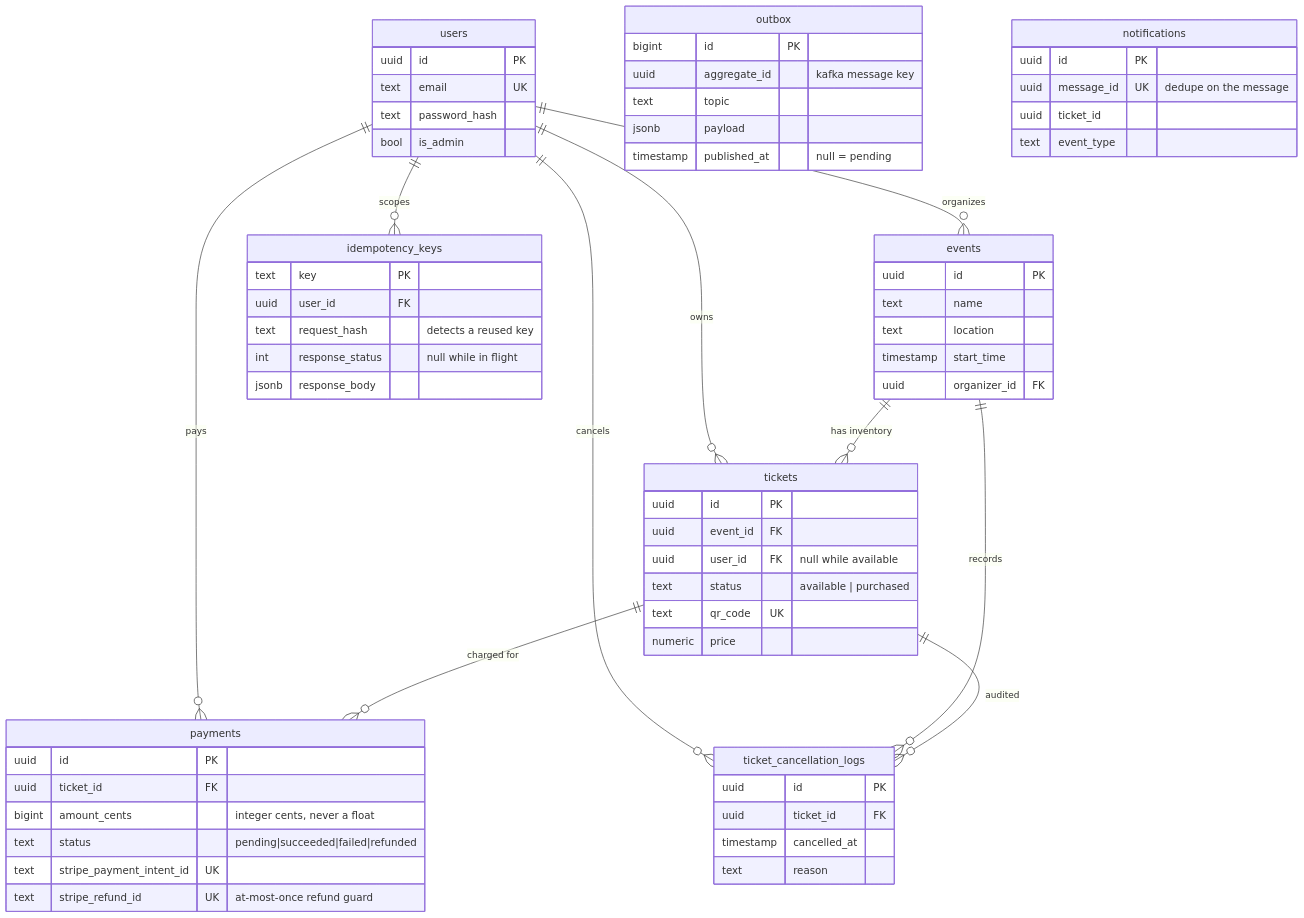
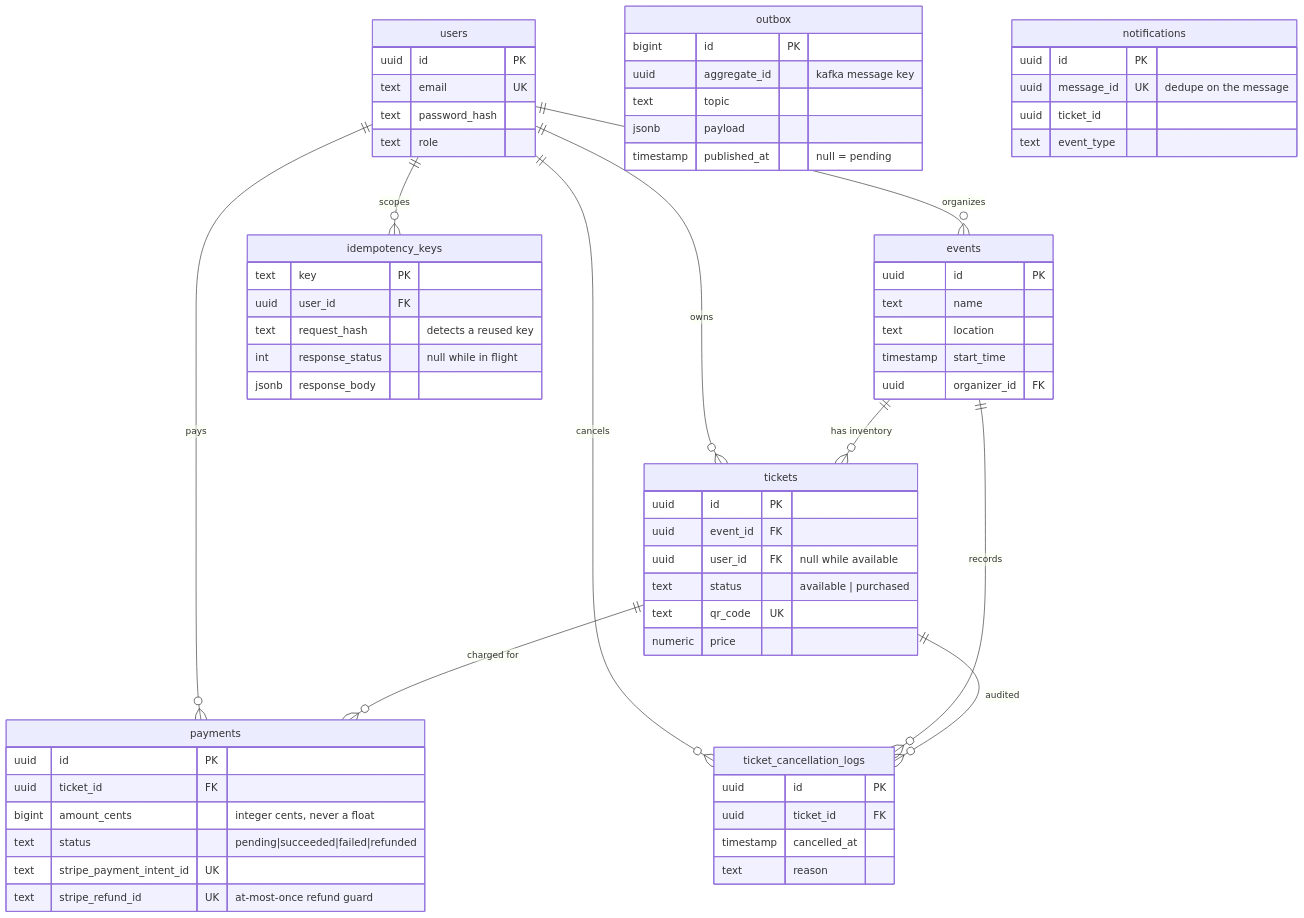
One commit to alsung/event-ticketing-system changed the fourth of 4 diagrams in README.md. Above: the diagram before and after it, drawn with Mermaid. The commit also changed other lines of this file and 1 other file, not shown here.

````diff
--- a/README.md
+++ b/README.md
@@ -491,68 +575,68 @@
 ```mermaid
 erDiagram
     users ||--o{ events : organizes
     users ||--o{ tickets : owns
     users ||--o{ payments : pays
     users ||--o{ idempotency_keys : scopes
     users ||--o{ ticket_cancellation_logs : cancels
     events ||--o{ tickets : "has inventory"
     events ||--o{ ticket_cancellation_logs : records
     tickets ||--o{ payments : "charged for"
     tickets ||--o{ ticket_cancellation_logs : audited
 
     users {
         uuid id PK
         text email UK
         text password_hash
-        bool is_admin
+        text role
     }
     events {
         uuid id PK
         text name
         text location
         timestamp start_time
         uuid organizer_id FK
     }
     tickets {
         uuid id PK
         uuid event_id FK
         uuid user_id FK "null while available"
         text status "available | purchased"
         text qr_code UK
         numeric price
     }
     payments {
         uuid id PK
         uuid ticket_id FK
         bigint amount_cents "integer cents, never a float"
         text status "pending|succeeded|failed|refunded"
         text stripe_payment_intent_id UK
         text stripe_refund_id UK "at-most-once refund guard"
     }
     idempotency_keys {
         text key PK
         uuid user_id FK
         text request_hash "detects a reused key"
         int response_status "null while in flight"
         jsonb response_body
     }
     ticket_cancellation_logs {
         uuid id PK
         uuid ticket_id FK
         timestamp cancelled_at
         text reason
     }
     outbox {
         bigint id PK
         uuid aggregate_id "kafka message key"
         text topic
         jsonb payload
         timestamp published_at "null = pending"
     }
     notifications {
         uuid id PK
         uuid message_id UK "dedupe on the message"
         uuid ticket_id
         text event_type
     }
 ```
````
